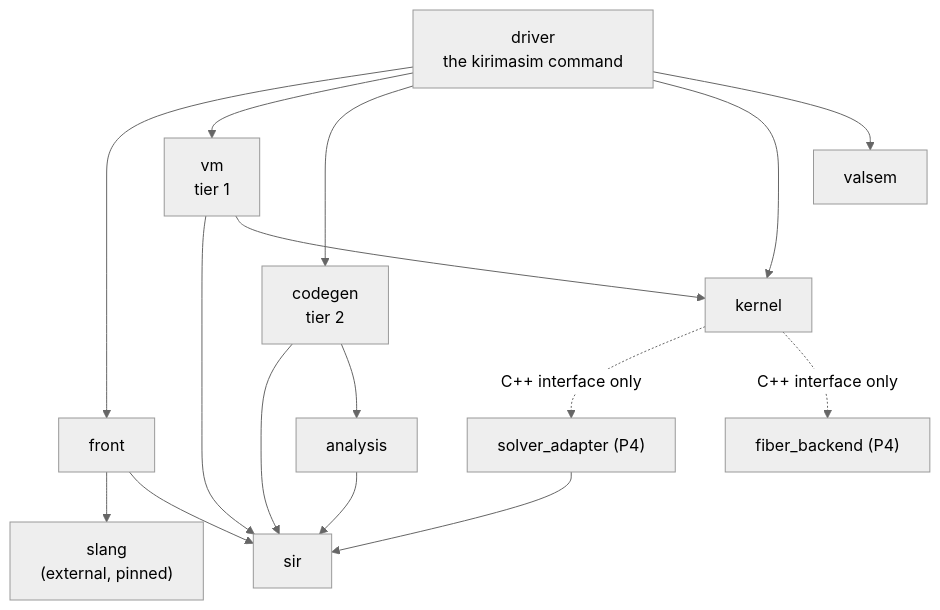
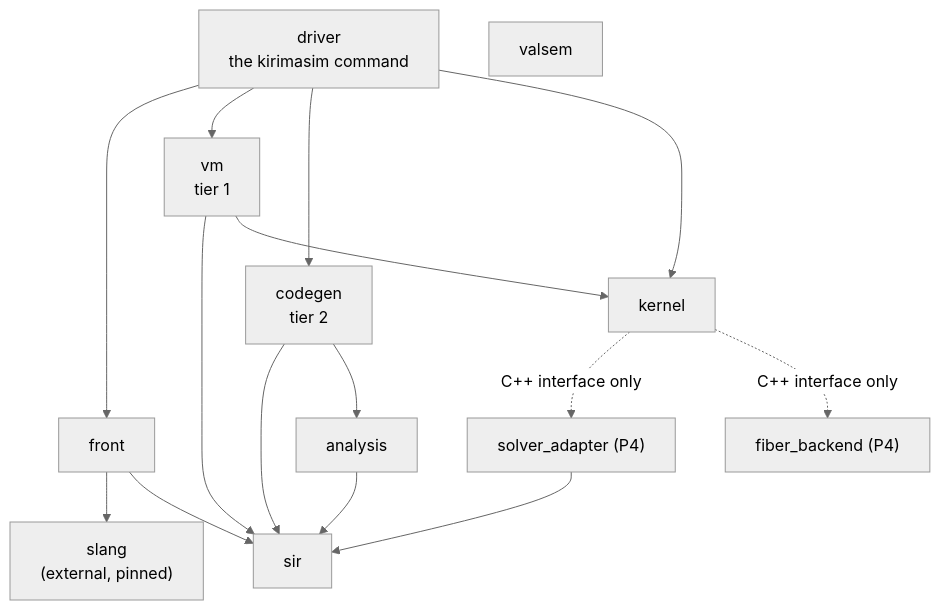
Before and after one commit to kurochan001/kirimasim: the second of 2 diagrams in docs/ARCHITECTURE.ja.md, drawn with Mermaid (neutral theme). The commit also changed 1 other file, not shown here.

Commit message:
Drop the driver-to-valsem edge from the architecture diagram
The driver no longer links valsem (a7f6094c), so the layout diagram of
both language versions loses that edge. valsem stays as a box: the unit
tests compare the fast operations against it.

````diff
--- a/docs/ARCHITECTURE.ja.md
+++ b/docs/ARCHITECTURE.ja.md
@@ -251,29 +251,28 @@
 ```mermaid
 flowchart TD
     driver["driver<br/>the kirimasim command"]
     front["front"]
     vm["vm<br/>tier 1"]
     codegen["codegen<br/>tier 2"]
     analysis["analysis"]
     kernel["kernel"]
     valsem["valsem"]
     sir["sir"]
     slang["slang<br/>(external, pinned)"]
     solver["solver_adapter (P4)"]
     fiber["fiber_backend (P4)"]
     driver --> front
     driver --> vm
     driver --> codegen
     driver --> kernel
-    driver --> valsem
     front --> slang
     front --> sir
     vm --> sir
     vm --> kernel
     codegen --> sir
     codegen --> analysis
     analysis --> sir
     solver --> sir
     kernel -.->|"C++ interface only"| solver
     kernel -.->|"C++ interface only"| fiber
 ```
````
